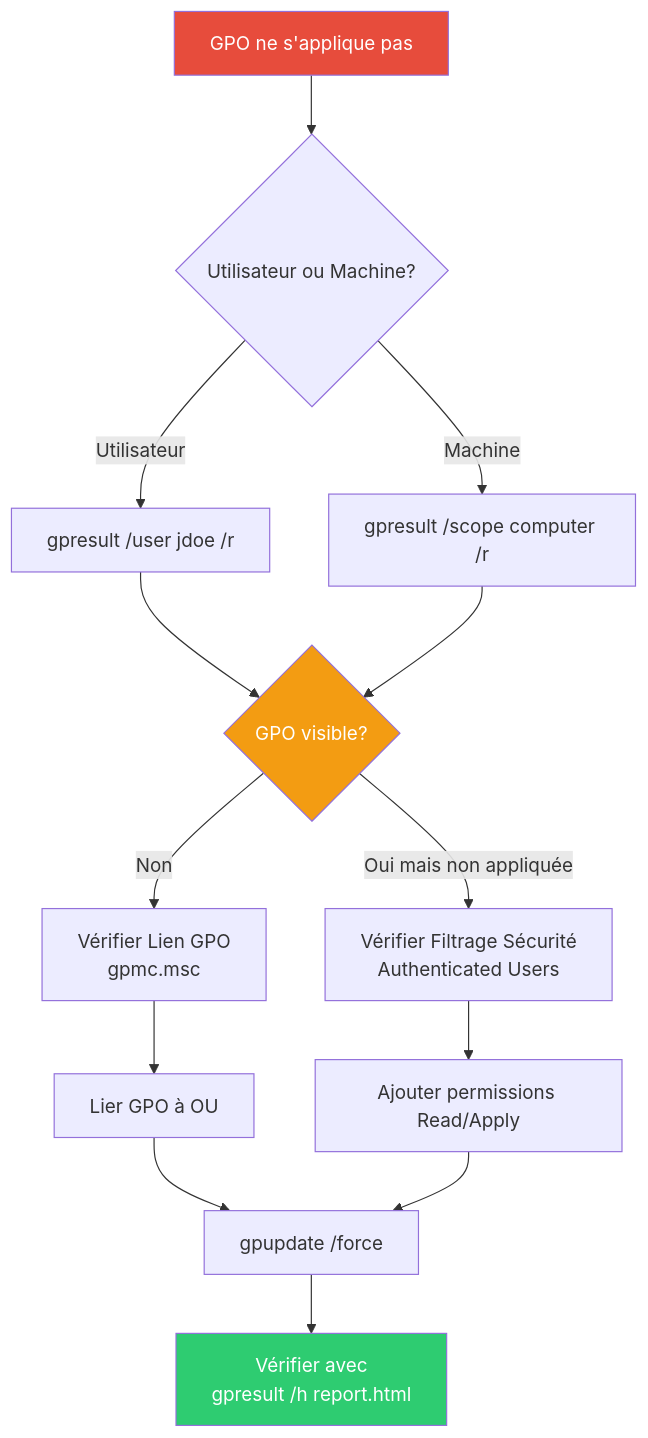
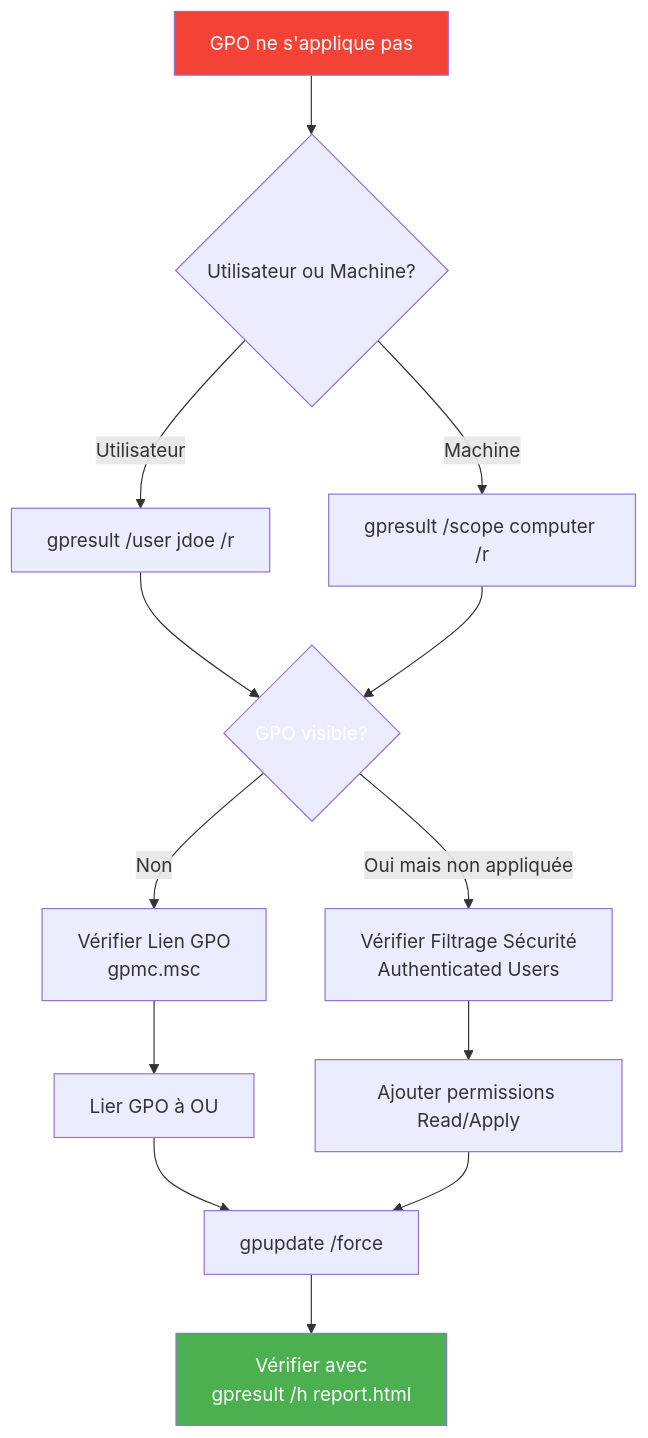
The ninth of 9 diagrams in docs/windows/windows-mindmaps.md (VBlackJack/ShellBook), drawn with Mermaid before and after one commit. The commit also changed other lines of this file and 337 other files, not shown here.

First line of the commit message:
refactor(docs): Standardize code blocks and Mermaid colors

````diff
--- a/docs/windows/windows-mindmaps.md
+++ b/docs/windows/windows-mindmaps.md
@@ -395,24 +395,24 @@
 ```mermaid
 flowchart TD
     A[GPO ne s'applique pas] --> B{Utilisateur ou Machine?}
     B -->|Utilisateur| C[gpresult /user jdoe /r]
     B -->|Machine| D[gpresult /scope computer /r]
 
     C --> E{GPO visible?}
     D --> E
 
     E -->|Non| F[Vérifier Lien GPO<br/>gpmc.msc]
     E -->|Oui mais non appliquée| G[Vérifier Filtrage Sécurité<br/>Authenticated Users]
 
     F --> H[Lier GPO à OU]
     G --> I[Ajouter permissions Read/Apply]
 
     H --> J[gpupdate /force]
     I --> J
 
     J --> K[Vérifier avec<br/>gpresult /h report.html]
 
-    style A fill:#e74c3c,color:#fff
-    style E fill:#f39c12,color:#fff
-    style K fill:#2ecc71,color:#fff
+    style A fill:#f44336,color:#fff
+    style E fill:#FF9800800800,color:#fff
+    style K fill:#4CAF50,color:#fff
 ```
````
